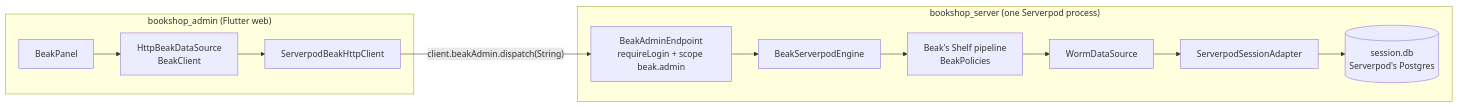
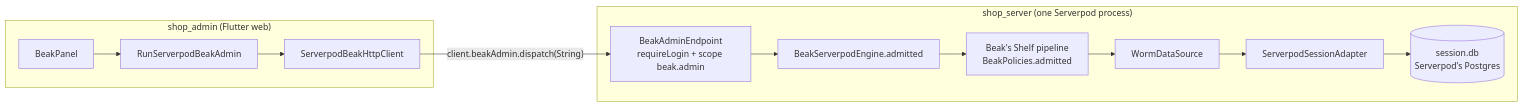
One commit to SimonErich/beak changed the diagram in docs/serverpod/admin-app/how-it-works.md. Above: the diagram before and after it, drawn with Mermaid. The commit also changed other lines of this file and 114 other files, not shown here.

First line of the commit message:
docs: rewrite the Serverpod admin docs and dogfood the example

````diff
--- a/docs/serverpod/admin-app/how-it-works.md
+++ b/docs/serverpod/admin-app/how-it-works.md
@@ -15,15 +16,15 @@
 ```mermaid
 flowchart LR
-  subgraph app["bookshop_admin (Flutter web)"]
-    P["BeakPanel"] --> H["HttpBeakDataSource<br/>BeakClient"]
-    H --> T["ServerpodBeakHttpClient"]
+  subgraph app["shop_admin (Flutter web)"]
+    P["BeakPanel"] --> D["RunServerpodBeakAdmin"]
+    D --> T["ServerpodBeakHttpClient"]
   end
   T -->|"client.beakAdmin.dispatch(String)"| G
-  subgraph srv["bookshop_server (one Serverpod process)"]
-    G["BeakAdminEndpoint<br/>requireLogin + scope beak.admin"] --> E["BeakServerpodEngine"]
-    E --> R["Beak's Shelf pipeline<br/>BeakPolicies"]
+  subgraph srv["shop_server (one Serverpod process)"]
+    G["BeakAdminEndpoint<br/>requireLogin + scope beak.admin"] --> E["BeakServerpodEngine.admitted"]
+    E --> R["Beak's Shelf pipeline<br/>BeakPolicies.admitted"]
     R --> W["WormDataSource"]
     W --> A["ServerpodSessionAdapter"]
-    A --> D[("session.db<br/>Serverpod's Postgres")]
+    A --> DB[("session.db<br/>Serverpod's Postgres")]
   end
 ```
````
